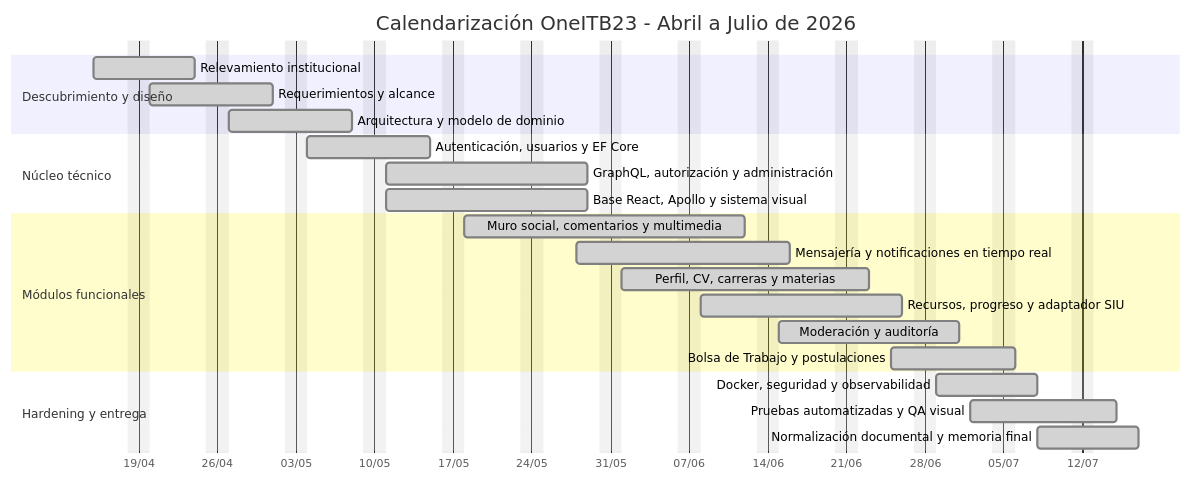
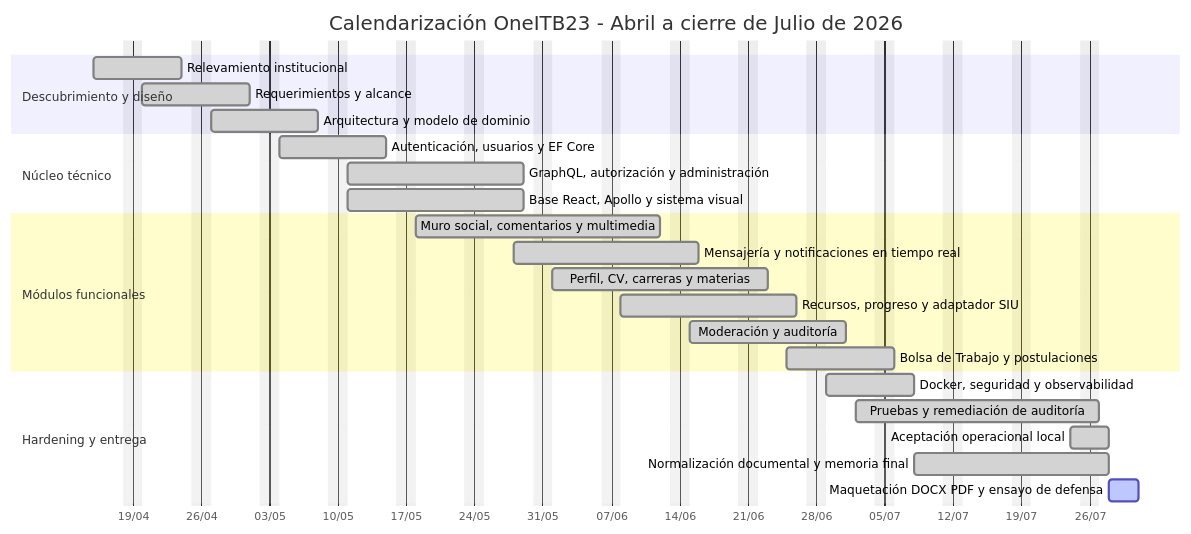
Before and after one commit to fagdiaz/OneITB: the tenth of 10 diagrams in docs/entrega_final/DOCUMENTO_BASE_PRACTICA_PROFESIONAL.md, drawn with Mermaid. The commit also changed other lines of this file and 4 other files, not shown here.

````diff
--- a/docs/entrega_final/DOCUMENTO_BASE_PRACTICA_PROFESIONAL.md
+++ b/docs/entrega_final/DOCUMENTO_BASE_PRACTICA_PROFESIONAL.md
@@ -862,31 +862,33 @@
 ```mermaid
 %%{init: {"theme": "default"}}%%
 gantt
-    title Calendarización OneITB23 - Abril a Julio de 2026
+    title Calendarización OneITB23 - Abril a cierre de Julio de 2026
     dateFormat YYYY-MM-DD
     axisFormat %d/%m
     excludes weekends
 
     section Descubrimiento y diseño
     Relevamiento institucional                 :done, a1, 2026-04-15, 2026-04-24
     Requerimientos y alcance                   :done, a2, 2026-04-20, 2026-05-01
     Arquitectura y modelo de dominio           :done, a3, 2026-04-27, 2026-05-08
 
     section Núcleo técnico
     Autenticación, usuarios y EF Core          :done, b1, 2026-05-04, 2026-05-15
     GraphQL, autorización y administración     :done, b2, 2026-05-11, 2026-05-29
     Base React, Apollo y sistema visual        :done, b3, 2026-05-11, 2026-05-29
 
     section Módulos funcionales
     Muro social, comentarios y multimedia      :done, c1, 2026-05-18, 2026-06-12
     Mensajería y notificaciones en tiempo real :done, c2, 2026-05-28, 2026-06-16
     Perfil, CV, carreras y materias            :done, c3, 2026-06-01, 2026-06-23
     Recursos, progreso y adaptador SIU         :done, c4, 2026-06-08, 2026-06-26
     Moderación y auditoría                     :done, c5, 2026-06-15, 2026-07-01
     Bolsa de Trabajo y postulaciones           :done, c6, 2026-06-25, 2026-07-06
 
     section Hardening y entrega
     Docker, seguridad y observabilidad         :done, d1, 2026-06-29, 2026-07-08
-    Pruebas automatizadas y QA visual          :done, d2, 2026-07-02, 2026-07-15
-    Normalización documental y memoria final   :done, d3, 2026-07-08, 2026-07-17
+    Pruebas y remediación de auditoría          :done, d2, 2026-07-02, 2026-07-27
+    Aceptación operacional local               :done, d3, 2026-07-24, 2026-07-28
+    Normalización documental y memoria final   :done, d4, 2026-07-08, 2026-07-28
+    Maquetación DOCX PDF y ensayo de defensa   :active, d5, 2026-07-28, 2026-07-31
 ```
````
